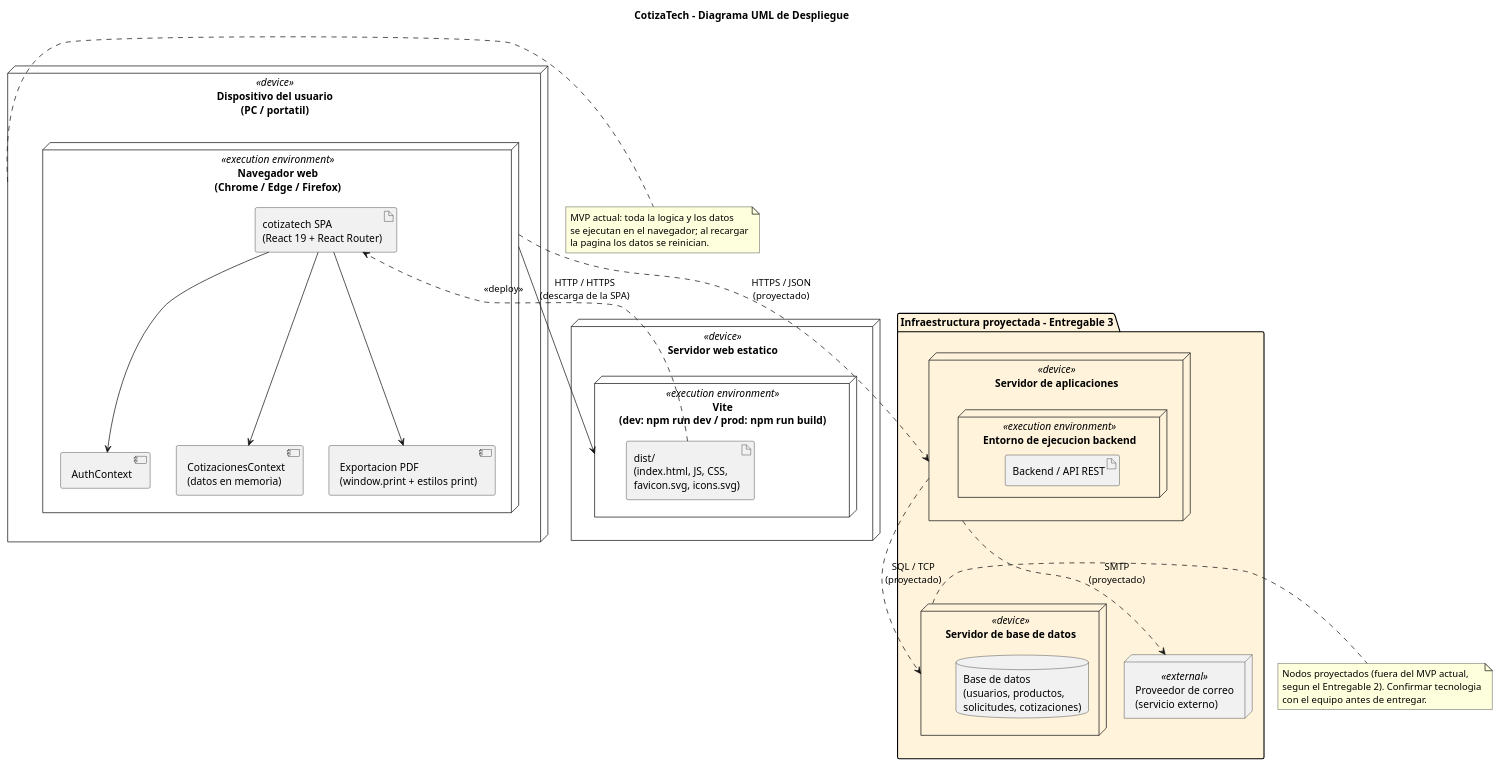
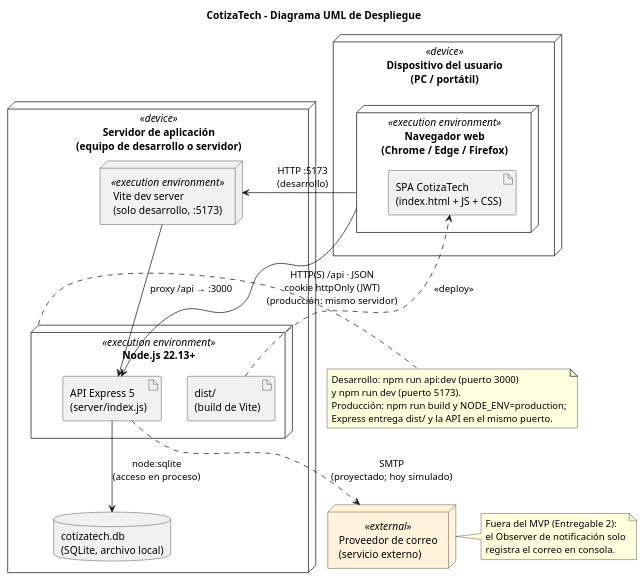
Before and after one commit to Thiago010904/PaginaDise-o: the diagram in documentacion/diagramas/despliegue.puml, drawn with PlantUML. The commit also changed 3 other files, not shown here.

First line of the commit message:
docs: actualizar diagramas de componentes y despliegue con el backend real

```diff
--- a/documentacion/diagramas/despliegue.puml
+++ b/documentacion/diagramas/despliegue.puml
@@ -1,53 +1,41 @@
 @startuml
 title CotizaTech - Diagrama UML de Despliegue
 skinparam shadowing false
 
-node "Dispositivo del usuario\n(PC / portatil)" <<device>> as Dispositivo {
+node "Dispositivo del usuario\n(PC / portátil)" <<device>> as Dispositivo {
   node "Navegador web\n(Chrome / Edge / Firefox)" <<execution environment>> as Navegador {
-    artifact "cotizatech SPA\n(React 19 + React Router)" as SPA
-    component "AuthContext" as Auth
-    component "CotizacionesContext\n(datos en memoria)" as Ctx
-    component "Exportacion PDF\n(window.print + estilos print)" as PDF
+    artifact "SPA CotizaTech\n(index.html + JS + CSS)" as SPA
   }
 }
 
-node "Servidor web estatico" <<device>> as ServidorWeb {
-  node "Vite\n(dev: npm run dev / prod: npm run build)" <<execution environment>> as Vite {
-    artifact "dist/\n(index.html, JS, CSS,\nfavicon.svg, icons.svg)" as Dist
+node "Servidor de aplicación\n(equipo de desarrollo o servidor)" <<device>> as Servidor {
+  node "Node.js 22.13+" <<execution environment>> as Node {
+    artifact "API Express 5\n(server/index.js)" as API
+    artifact "dist/\n(build de Vite)" as Dist
   }
+  node "Vite dev server\n(solo desarrollo, :5173)" <<execution environment>> as Vite
+  database "cotizatech.db\n(SQLite, archivo local)" as BD
 }
 
-package "Infraestructura proyectada - Entregable 3" #FFF3DB {
-  node "Servidor de aplicaciones" <<device>> as ServidorApp {
-    node "Entorno de ejecucion backend" <<execution environment>> as Runtime {
-      artifact "Backend / API REST" as API
-    }
-  }
-  node "Servidor de base de datos" <<device>> as ServidorBD {
-    database "Base de datos\n(usuarios, productos,\nsolicitudes, cotizaciones)" as BD
-  }
-  node "Proveedor de correo\n(servicio externo)" <<external>> as Correo
-}
+node "Proveedor de correo\n(servicio externo)" <<external>> as Correo #FFF3DB
 
 Dist ..> SPA : <<deploy>>
-SPA --> Auth
-SPA --> Ctx
-SPA --> PDF
+Navegador --> Vite : HTTP :5173\n(desarrollo)
+Vite --> API : proxy /api → :3000
+Navegador --> API : HTTP(S) /api · JSON\ncookie httpOnly (JWT)\n(producción: mismo servidor)
+API --> BD : node:sqlite\n(acceso en proceso)
+API ..> Correo : SMTP\n(proyectado; hoy simulado)
 
-Navegador --> Vite : HTTP / HTTPS\n(descarga de la SPA)
-Navegador ..> ServidorApp : HTTPS / JSON\n(proyectado)
-ServidorApp ..> ServidorBD : SQL / TCP\n(proyectado)
-ServidorApp ..> Correo : SMTP\n(proyectado)
-
-note right of Dispositivo
-  MVP actual: toda la logica y los datos
-  se ejecutan en el navegador; al recargar
-  la pagina los datos se reinician.
+note right of Node
+  Desarrollo: npm run api:dev (puerto 3000)
+  y npm run dev (puerto 5173).
+  Producción: npm run build y NODE_ENV=production;
+  Express entrega dist/ y la API en el mismo puerto.
 end note
 
-note right of ServidorBD
-  Nodos proyectados (fuera del MVP actual,
-  segun el Entregable 2). Confirmar tecnologia
-  con el equipo antes de entregar.
+note right of Correo
+  Fuera del MVP (Entregable 2):
+  el Observer de notificación solo
+  registra el correo en consola.
 end note
 @enduml
```
